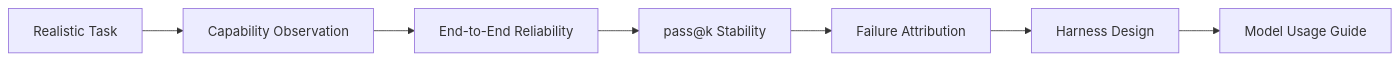
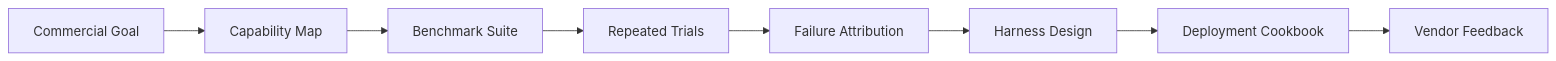
One commit to 2sao7sao/agent-peak-bench changed the diagram in README.md. Above: the diagram before and after it, drawn with Mermaid. The commit also changed other lines of this file and 5 other files, not shown here.

````diff
--- a/README.md
+++ b/README.md
@@ -61,9 +65,10 @@
 ```mermaid
 flowchart LR
-  A["Realistic Task"] --> B["Capability Observation"]
-  B --> C["End-to-End Reliability"]
-  C --> D["pass@k Stability"]
+  A["Commercial Goal"] --> B["Capability Map"]
+  B --> C["Benchmark Suite"]
+  C --> D["Repeated Trials"]
   D --> E["Failure Attribution"]
   E --> F["Harness Design"]
-  F --> G["Model Usage Guide"]
+  F --> G["Deployment Cookbook"]
+  G --> H["Vendor Feedback"]
 ```
````
